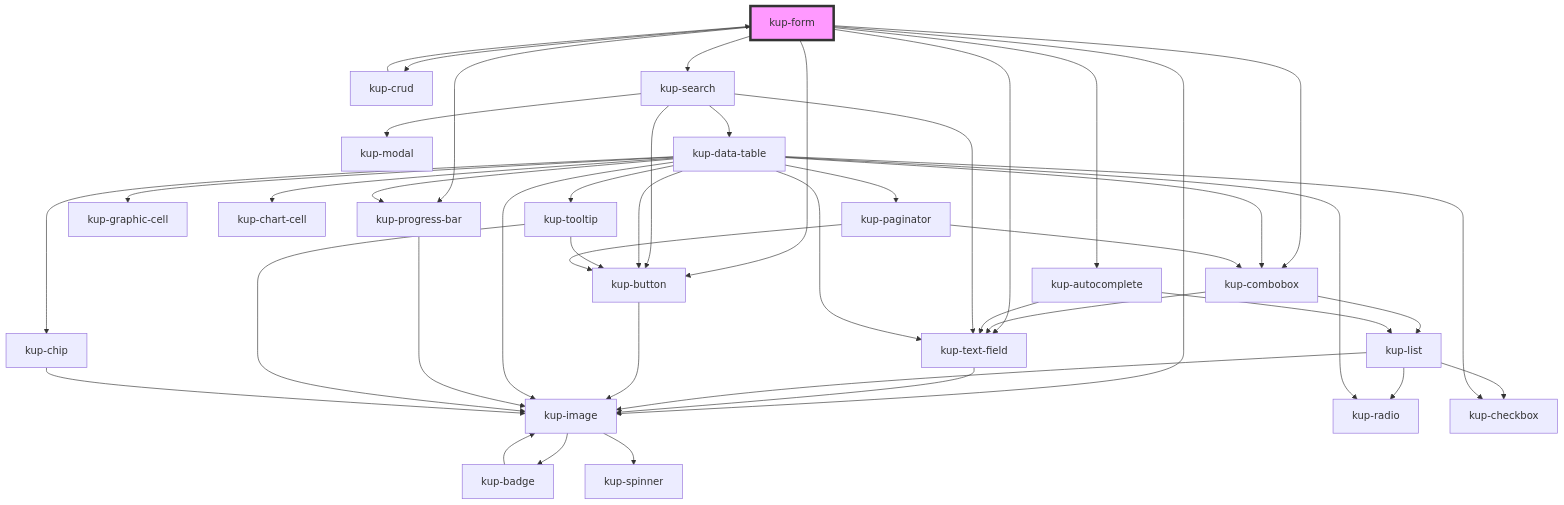
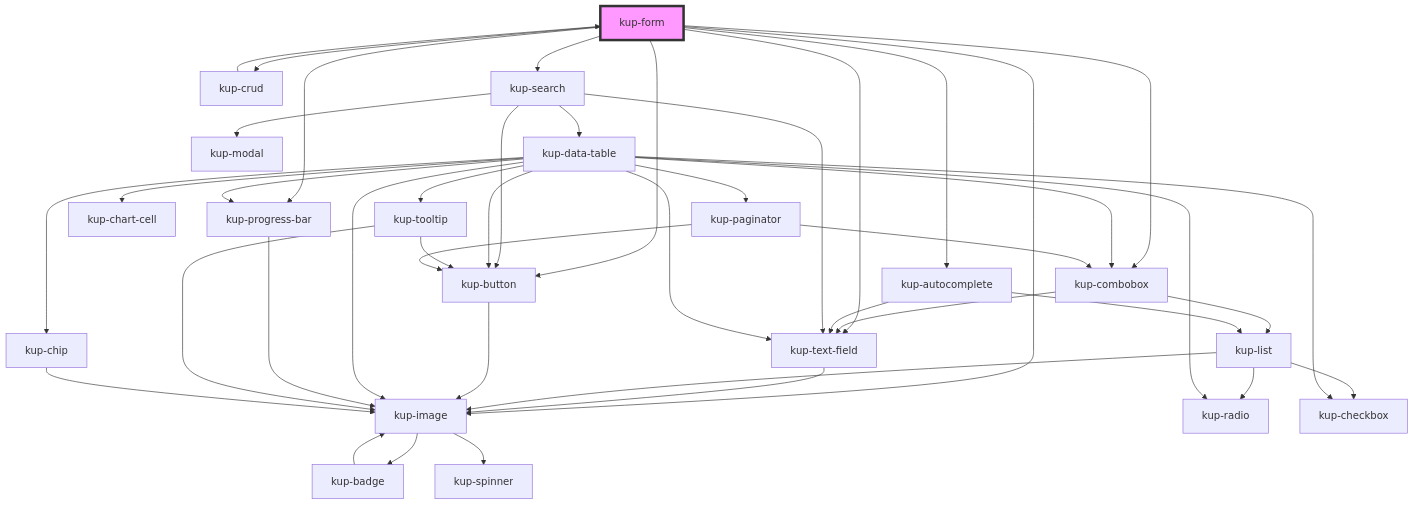
One commit to smeup/ketchup changed the diagram in packages/ketchup/src/components/kup-form/readme.md. Above: the diagram before and after it, drawn with Mermaid. The commit also changed 9 other files, not shown here.

Commit message:
Used kup-image instead of kup-graphic-cell. Fixed a problem for kup-image canvas.

````diff
--- a/packages/ketchup/src/components/kup-form/readme.md
+++ b/packages/ketchup/src/components/kup-form/readme.md
@@ -131,47 +131,46 @@
 ```mermaid
 graph TD;
   kup-form --> kup-combobox
   kup-form --> kup-crud
   kup-form --> kup-autocomplete
   kup-form --> kup-search
   kup-form --> kup-image
   kup-form --> kup-progress-bar
   kup-form --> kup-text-field
   kup-form --> kup-button
   kup-combobox --> kup-text-field
   kup-combobox --> kup-list
   kup-text-field --> kup-image
   kup-image --> kup-badge
   kup-image --> kup-spinner
   kup-badge --> kup-image
   kup-list --> kup-image
   kup-list --> kup-radio
   kup-list --> kup-checkbox
   kup-crud --> kup-form
   kup-button --> kup-image
   kup-autocomplete --> kup-text-field
   kup-autocomplete --> kup-list
   kup-search --> kup-text-field
   kup-search --> kup-button
   kup-search --> kup-modal
   kup-search --> kup-data-table
   kup-data-table --> kup-checkbox
   kup-data-table --> kup-image
   kup-data-table --> kup-button
   kup-data-table --> kup-text-field
-  kup-data-table --> kup-graphic-cell
   kup-data-table --> kup-chart-cell
   kup-data-table --> kup-progress-bar
   kup-data-table --> kup-radio
   kup-data-table --> kup-tooltip
   kup-data-table --> kup-paginator
   kup-data-table --> kup-combobox
   kup-data-table --> kup-chip
   kup-progress-bar --> kup-image
   kup-tooltip --> kup-button
   kup-tooltip --> kup-image
   kup-paginator --> kup-button
   kup-paginator --> kup-combobox
   kup-chip --> kup-image
   style kup-form fill:#f9f,stroke:#333,stroke-width:4px
 ```
````
